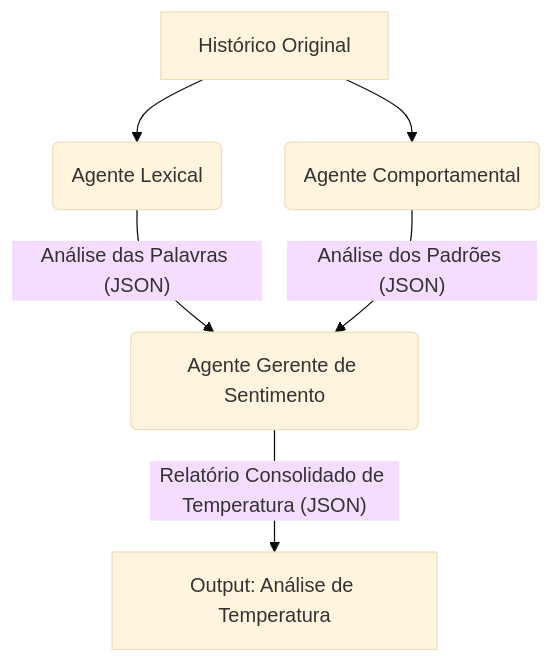
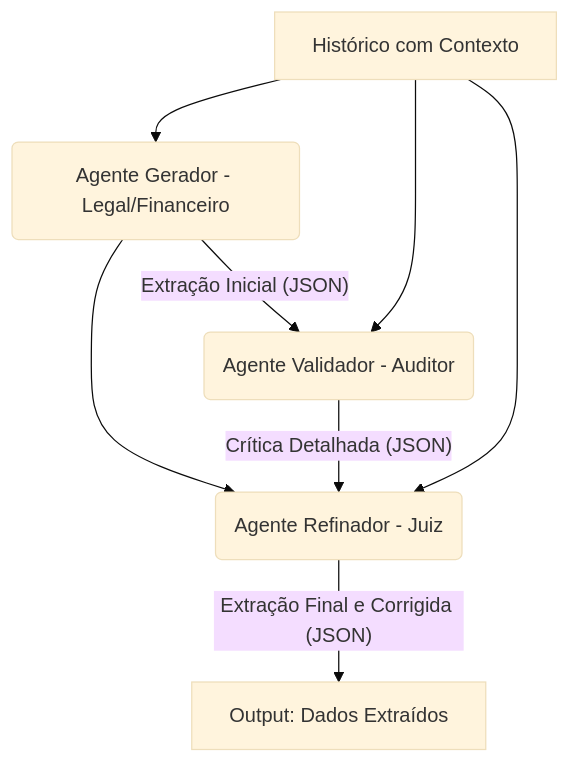
The third of 3 diagrams in README.md (MrSchrodingers/vigia), drawn with Mermaid (base theme) before and after one commit. The commit also changed other lines of this file, not shown here.

````diff
--- a/README.md
+++ b/README.md
@@ -112,8 +138,10 @@
     ```mermaid
     graph TD
-        A[Histórico Original] --> B(Agente Lexical);
-        A --> C(Agente Comportamental);
-        B -- Análise das Palavras (JSON) --> D(Agente Gerente de Sentimento);
-        C -- Análise dos Padrões (JSON) --> D;
-        D -- Relatório Consolidado de Temperatura (JSON) --> F[Output: Análise de Temperatura];
+        A[Histórico com Contexto] --> B(Agente Gerador - Legal/Financeiro);
+        B -- Extração Inicial (JSON) --> C(Agente Validador - Auditor);
+        A --> C;
+        B --> D(Agente Refinador - Juiz);
+        C -- Crítica Detalhada (JSON) --> D;
+        A --> D;
+        D -- Extração Final e Corrigida (JSON) --> F[Output: Dados Extraídos];
     ```
````
